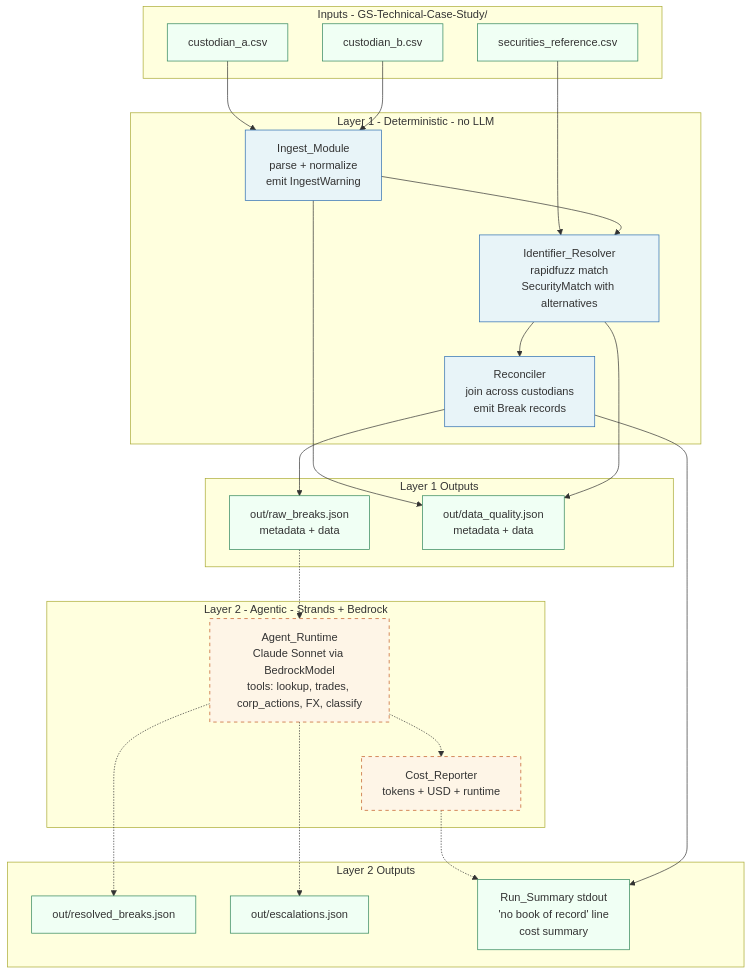
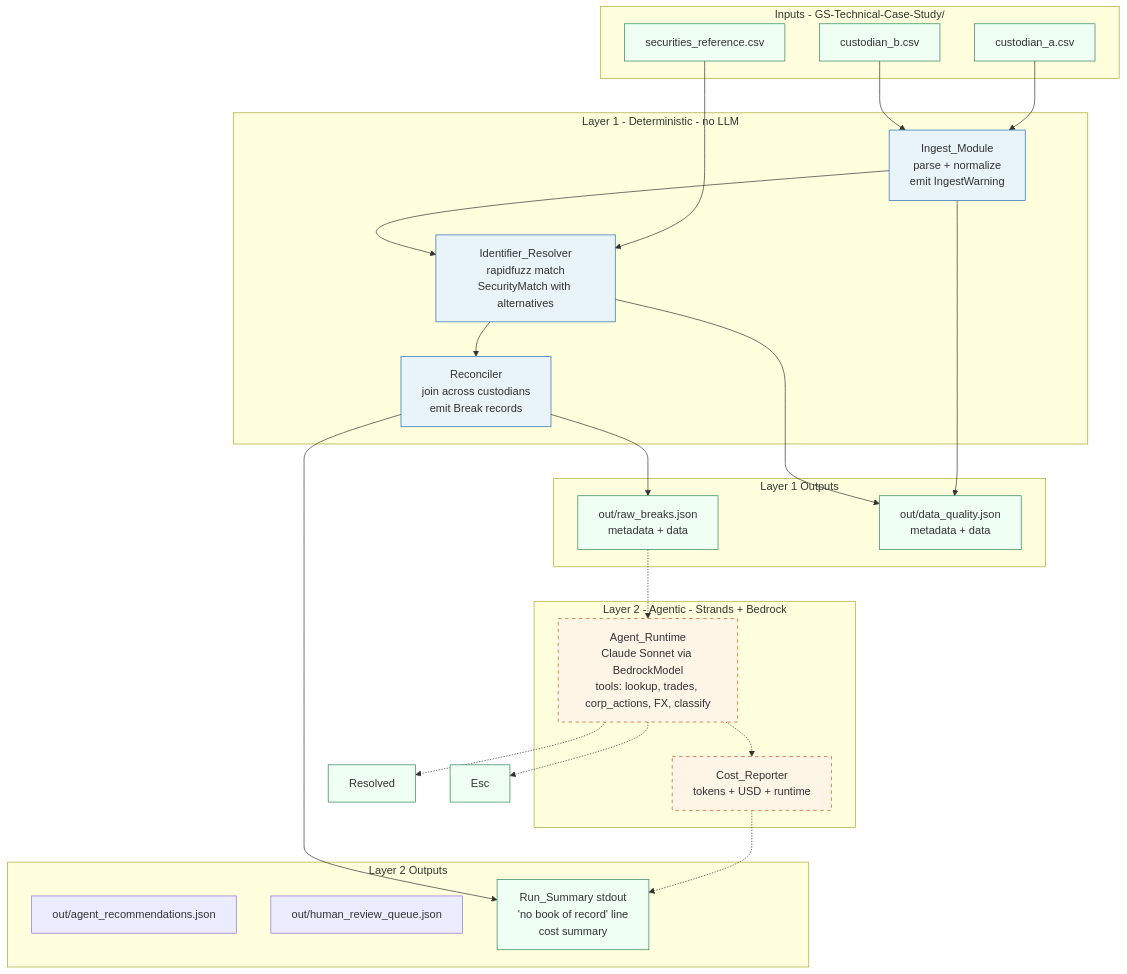
Before and after one commit to skiingfalcon/securities-recon: the first of 2 diagrams in .kiro/specs/recon-demo-thought-leadership-hooks/design.md, drawn with Mermaid. The commit also changed other lines of this file and 11 other files, not shown here.

````diff
--- a/.kiro/specs/recon-demo-thought-leadership-hooks/design.md
+++ b/.kiro/specs/recon-demo-thought-leadership-hooks/design.md
@@ -11,53 +11,53 @@
 ```mermaid
 flowchart TB
     subgraph Inputs[Inputs - GS-Technical-Case-Study/]
         CSV_A[custodian_a.csv]
         CSV_B[custodian_b.csv]
         CSV_M[securities_reference.csv]
     end
 
     subgraph L1[Layer 1 - Deterministic - no LLM]
         Ingest[Ingest_Module<br/>parse + normalize<br/>emit IngestWarning]
         Resolver[Identifier_Resolver<br/>rapidfuzz match<br/>SecurityMatch with alternatives]
         Reconciler[Reconciler<br/>join across custodians<br/>emit Break records]
     end
 
     subgraph L1_Out[Layer 1 Outputs]
         Raw[out/raw_breaks.json<br/>metadata + data]
         DQ[out/data_quality.json<br/>metadata + data]
     end
 
     subgraph L2[Layer 2 - Agentic - Strands + Bedrock]
         Agent[Agent_Runtime<br/>Claude Sonnet via BedrockModel<br/>tools: lookup, trades, corp_actions, FX, classify]
         Cost[Cost_Reporter<br/>tokens + USD + runtime]
     end
 
     subgraph L2_Out[Layer 2 Outputs]
-        Resolved[out/resolved_breaks.json]
-        Esc[out/escalations.json]
+        Recs[out/agent_recommendations.json]
+        HITL[out/human_review_queue.json]
         Stdout[Run_Summary stdout<br/>'no book of record' line<br/>cost summary]
     end
 
     CSV_A --> Ingest
     CSV_B --> Ingest
     CSV_M --> Resolver
     Ingest --> Resolver
     Resolver --> Reconciler
     Reconciler --> Raw
     Ingest --> DQ
     Resolver --> DQ
 
     Raw -.-> Agent
     Agent -.-> Resolved
     Agent -.-> Esc
     Agent -.-> Cost
     Cost -.-> Stdout
     Reconciler --> Stdout
 
     classDef l1 fill:#e8f4f8,stroke:#2b6cb0
     classDef l2 fill:#fef5e7,stroke:#c05621,stroke-dasharray: 5 5
     classDef io fill:#f0fff4,stroke:#2f855a
     class Ingest,Resolver,Reconciler l1
     class Agent,Cost l2
     class CSV_A,CSV_B,CSV_M,Raw,DQ,Resolved,Esc,Stdout io
 ```
````
